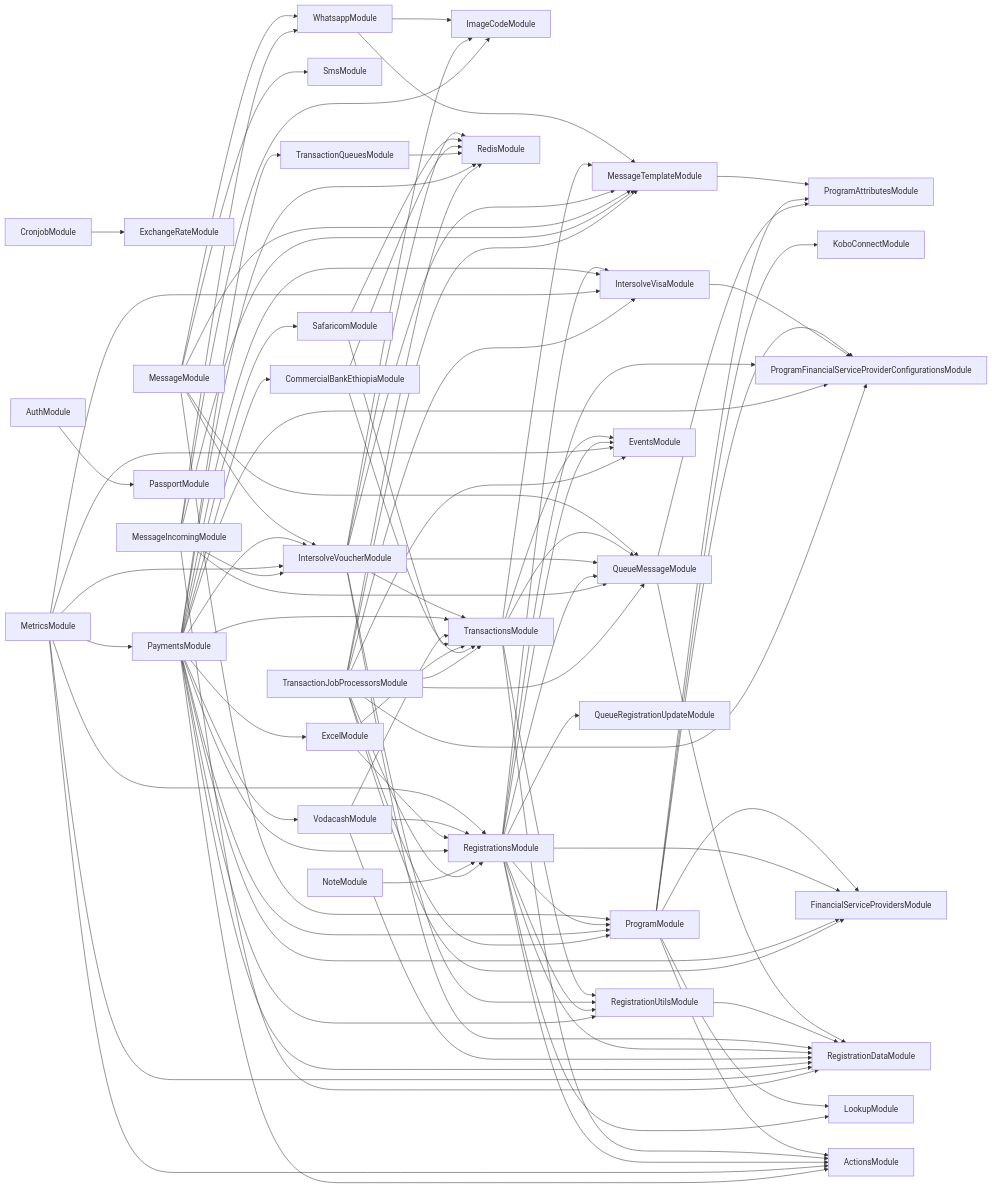
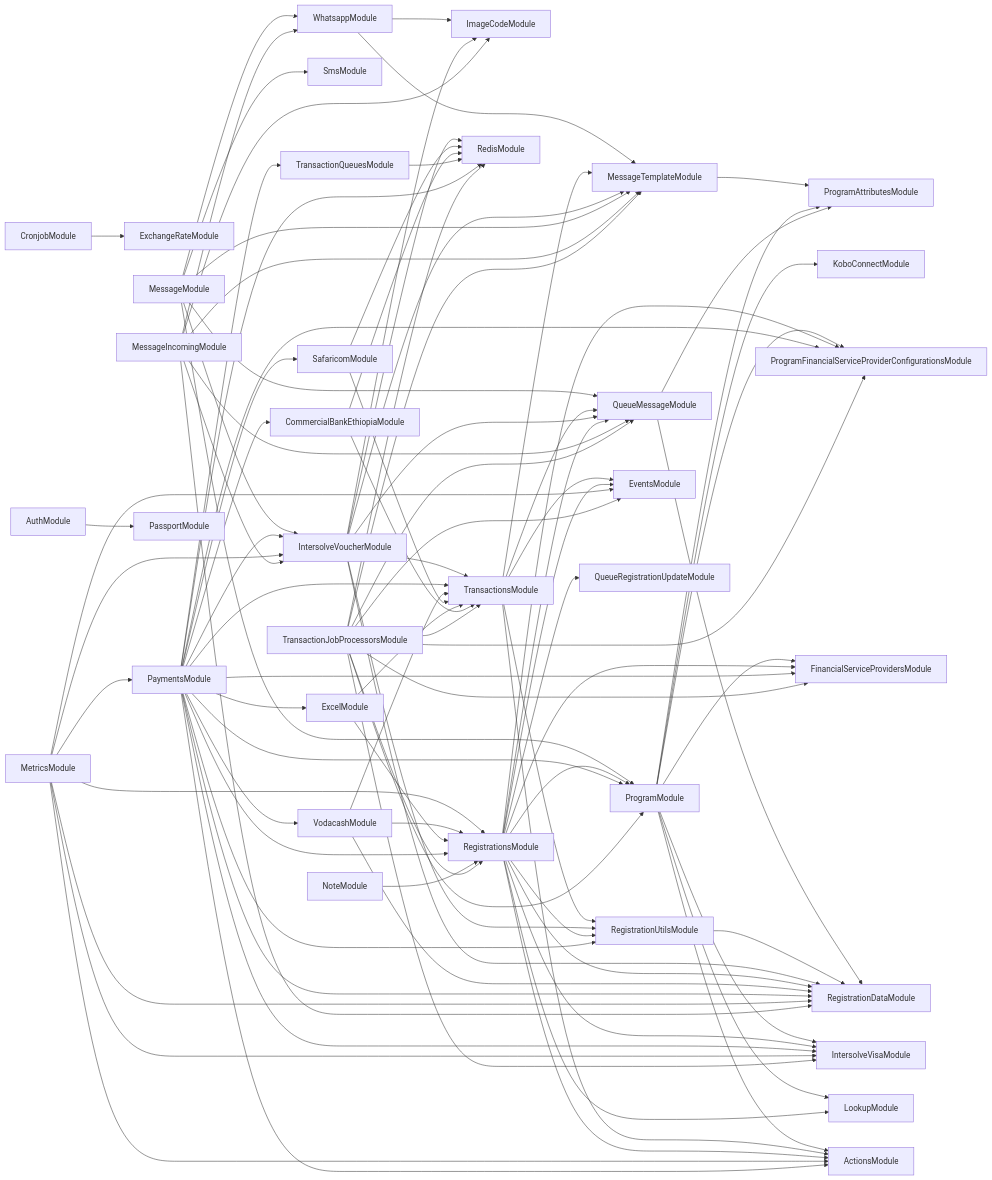
The diagram in services/121-service/module-dependencies.md (global-121/121-platform), drawn with Mermaid before and after one commit. The commit also changed 5 other files, not shown here.

```diff
--- a/services/121-service/module-dependencies.md
+++ b/services/121-service/module-dependencies.md
@@ -10,6 +10,7 @@
   ProgramModule-->ProgramAttributesModule
   ProgramModule-->KoboConnectModule
   ProgramModule-->ProgramFinancialServiceProviderConfigurationsModule
+  ProgramModule-->IntersolveVisaModule
   MessageModule-->WhatsappModule
   WhatsappModule-->ImageCodeModule
   WhatsappModule-->MessageTemplateModule
@@ -40,7 +41,6 @@
   RegistrationsModule-->FinancialServiceProvidersModule
   RegistrationsModule-->QueueMessageModule
   RegistrationsModule-->IntersolveVisaModule
-  IntersolveVisaModule-->ProgramFinancialServiceProviderConfigurationsModule
   RegistrationsModule-->RegistrationDataModule
   RegistrationsModule-->RegistrationUtilsModule
   RegistrationsModule-->EventsModule
```
